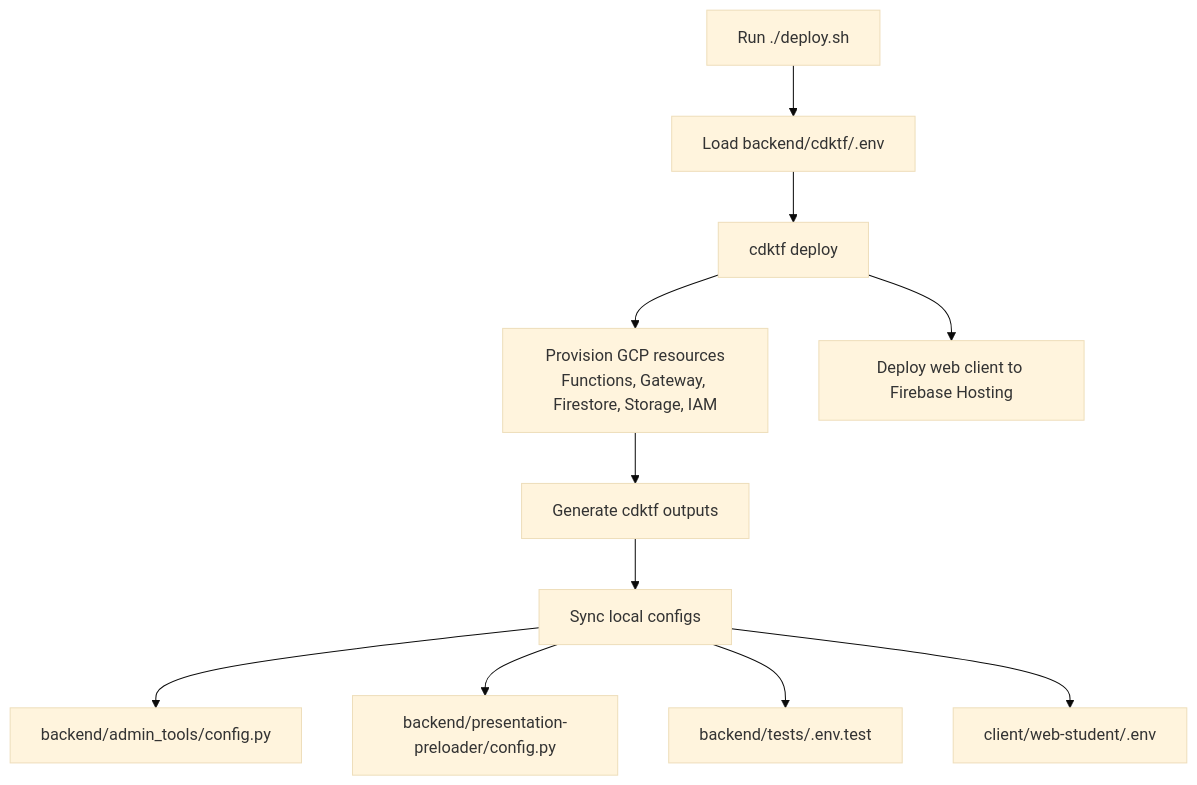
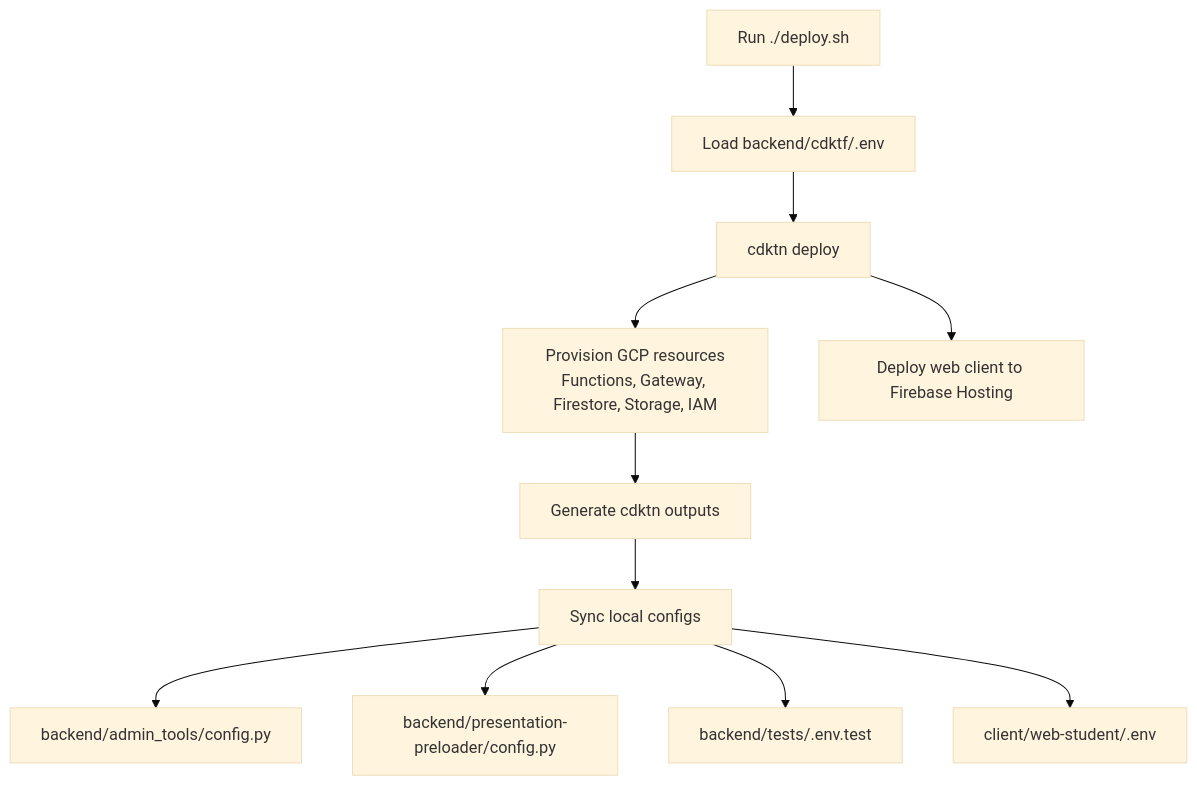
Before and after one commit to wongcyrus/LangBridgePresenter: the first of 2 diagrams in docs/DEPLOYMENT.md, drawn with Mermaid (base theme). The commit also changed other lines of this file and 53 other files, not shown here.

````diff
--- a/docs/DEPLOYMENT.md
+++ b/docs/DEPLOYMENT.md
@@ -26,13 +26,13 @@
 ```mermaid
 flowchart TD
     A[Run ./deploy.sh] --> B[Load backend/cdktf/.env]
-    B --> C[cdktf deploy]
+    B --> C[cdktn deploy]
     C --> D[Provision GCP resources<br/>Functions, Gateway, Firestore, Storage, IAM]
     C --> E[Deploy web client to Firebase Hosting]
-    D --> F[Generate cdktf outputs]
+    D --> F[Generate cdktn outputs]
     F --> G[Sync local configs]
     G --> H[backend/admin_tools/config.py]
     G --> I[backend/presentation-preloader/config.py]
     G --> J[backend/tests/.env.test]
     G --> K[client/web-student/.env]
 ```
````
